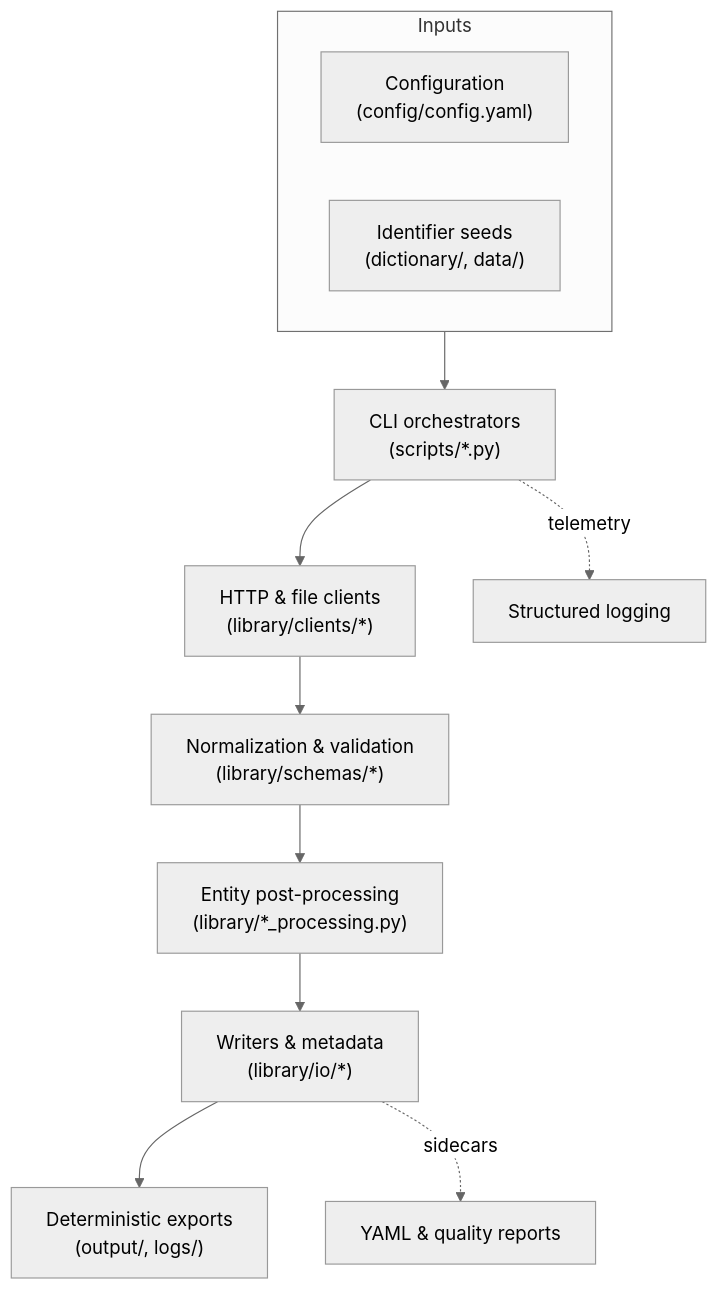
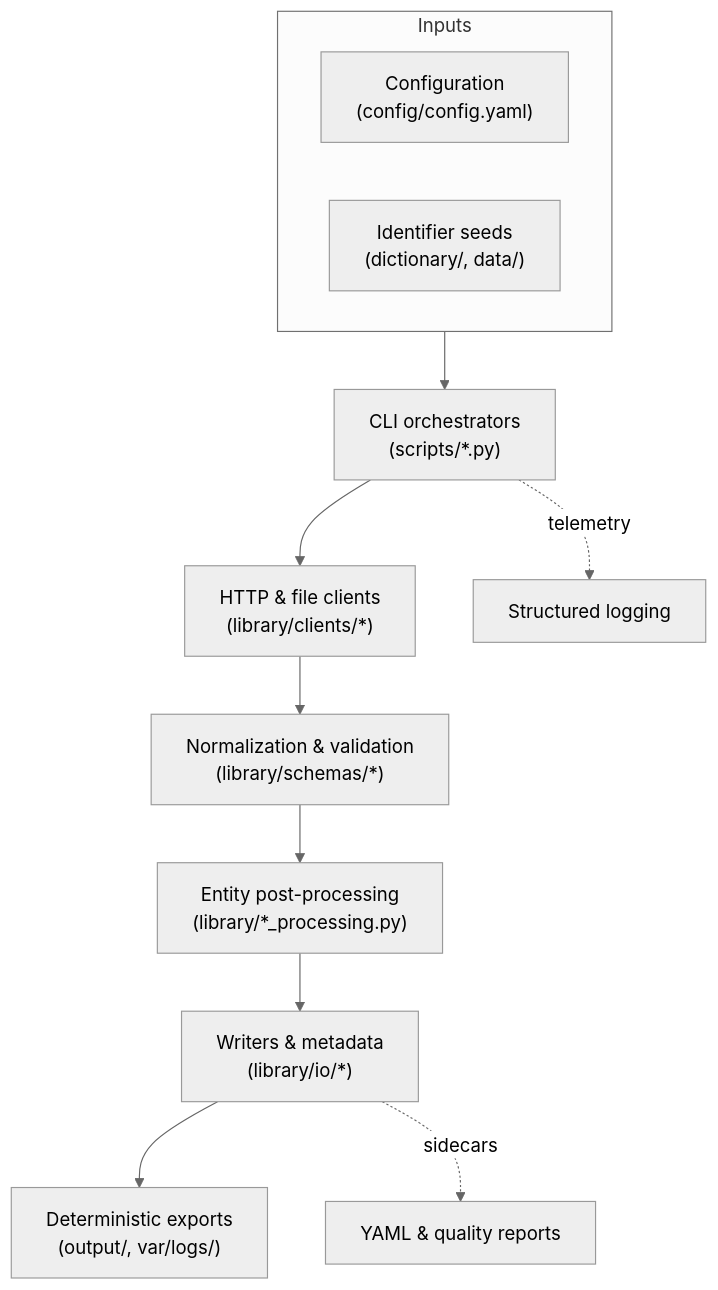
The first of 2 diagrams in docs/architecture/index.md (SatoryKono/ChEMBL_data_acquisition), drawn with Mermaid (neutral theme) before and after one commit. The commit also changed other lines of this file and 3 other files, not shown here.

````diff
--- a/docs/architecture/index.md
+++ b/docs/architecture/index.md
@@ -7,23 +7,23 @@
 ```mermaid
 flowchart TD
   subgraph Inputs
     Config["Configuration\n(config/config.yaml)"]
     IdSeeds["Identifier seeds\n(dictionary/, data/)"]
   end
   Orchestrators["CLI orchestrators\n(scripts/*.py)"]
   Clients["HTTP & file clients\n(library/clients/*)"]
   Normalizers["Normalization & validation\n(library/schemas/*)"]
   PostProcessors["Entity post-processing\n(library/*_processing.py)"]
   Exporters["Writers & metadata\n(library/io/*)"]
-  Artefacts["Deterministic exports\n(output/, logs/)"]
+  Artefacts["Deterministic exports\n(output/, var/logs/)"]
 
   Inputs --> Orchestrators
   Orchestrators --> Clients
   Clients --> Normalizers
   Normalizers --> PostProcessors
   PostProcessors --> Exporters
   Exporters --> Artefacts
 
   Orchestrators -. telemetry .-> Logs["Structured logging"]
   Exporters -. sidecars .-> Metadata["YAML & quality reports"]
 ```
````
